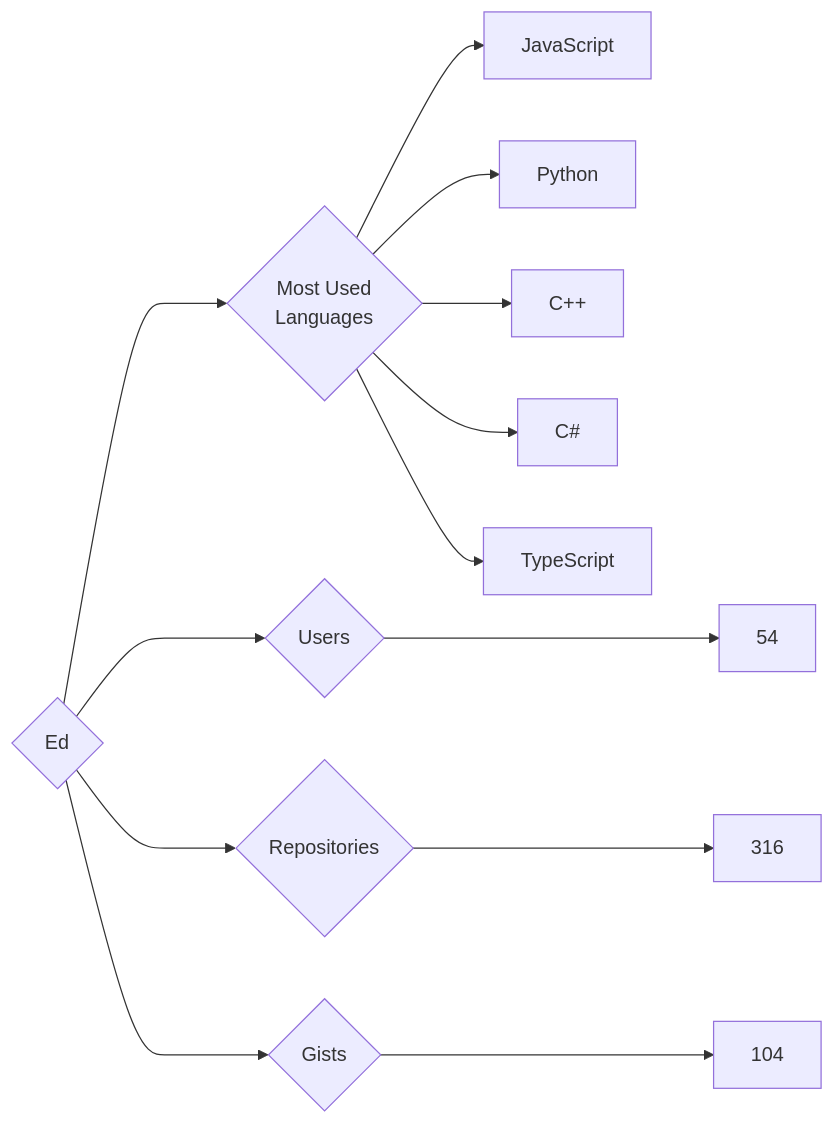
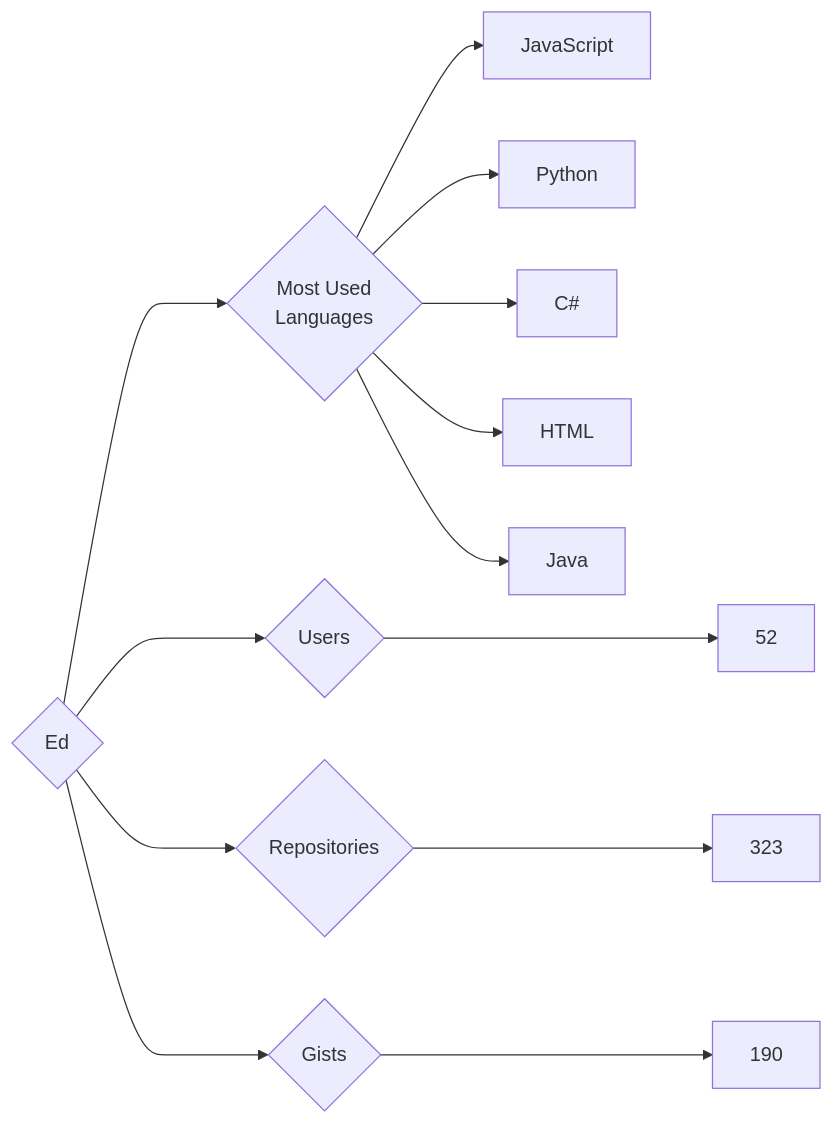
Before and after one commit to trickest/insiders: the diagram in targets/Ed/README.md, drawn with Mermaid. The commit also changed 965 other files, not shown here.

````diff
--- a/targets/Ed/README.md
+++ b/targets/Ed/README.md
@@ -3,13 +3,13 @@
 ```mermaid
 graph LR
 COMPANY_NAME{Ed}
-COMPANY_NAME ---> U{Users} ---> UN[54]
-COMPANY_NAME ---> R{Repositories} ---> RN[316]
-COMPANY_NAME ---> G{Gists} ---> GN[104]
+COMPANY_NAME ---> U{Users} ---> UN[52]
+COMPANY_NAME ---> R{Repositories} ---> RN[323]
+COMPANY_NAME ---> G{Gists} ---> GN[190]
 COMPANY_NAME ---> ML{Most Used<br>Languages}
 ML --> JavaScript[JavaScript]
 ML --> Python[Python]
-ML --> C++[C++]
 ML --> C#[C#]
-ML --> TypeScript[TypeScript]
+ML --> HTML[HTML]
+ML --> Java[Java]
 ```
````
